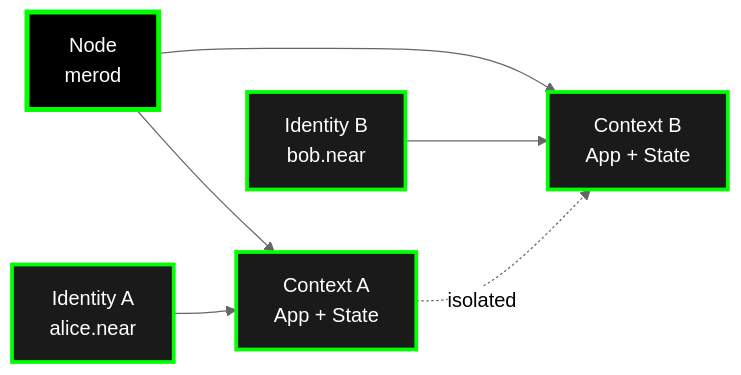
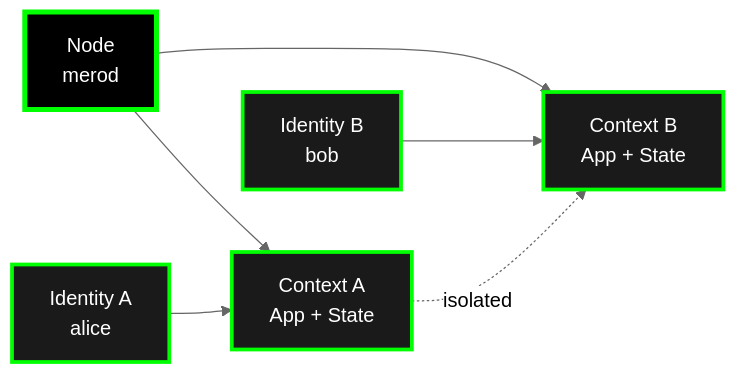
Before and after one commit to calimero-network/documentation: the diagram in src/content/docs/core-concepts/index.md, drawn with Mermaid (neutral theme). The commit also changed other lines of this file and 30 other files, not shown here.

````diff
--- a/src/content/docs/core-concepts/index.md
+++ b/src/content/docs/core-concepts/index.md
@@ -93,20 +93,20 @@
 ```mermaid
 flowchart LR
     NODE[Node<br/>merod]
     CTX1[Context A<br/>App + State]
     CTX2[Context B<br/>App + State]
-    ID1[Identity A<br/>alice.near]
-    ID2[Identity B<br/>bob.near]
+    ID1[Identity A<br/>alice]
+    ID2[Identity B<br/>bob]
     
     NODE --> CTX1
     NODE --> CTX2
     ID1 --> CTX1
     ID2 --> CTX2
     CTX1 -.->|isolated| CTX2
     
     style NODE fill:#000000,stroke:#00ff00,stroke-width:4px,color:#ffffff
     style CTX1 fill:#1a1a1a,stroke:#00ff00,stroke-width:3px,color:#ffffff
     style CTX2 fill:#1a1a1a,stroke:#00ff00,stroke-width:3px,color:#ffffff
     style ID1 fill:#1a1a1a,stroke:#00ff00,stroke-width:3px,color:#ffffff
     style ID2 fill:#1a1a1a,stroke:#00ff00,stroke-width:3px,color:#ffffff
 ```
````
